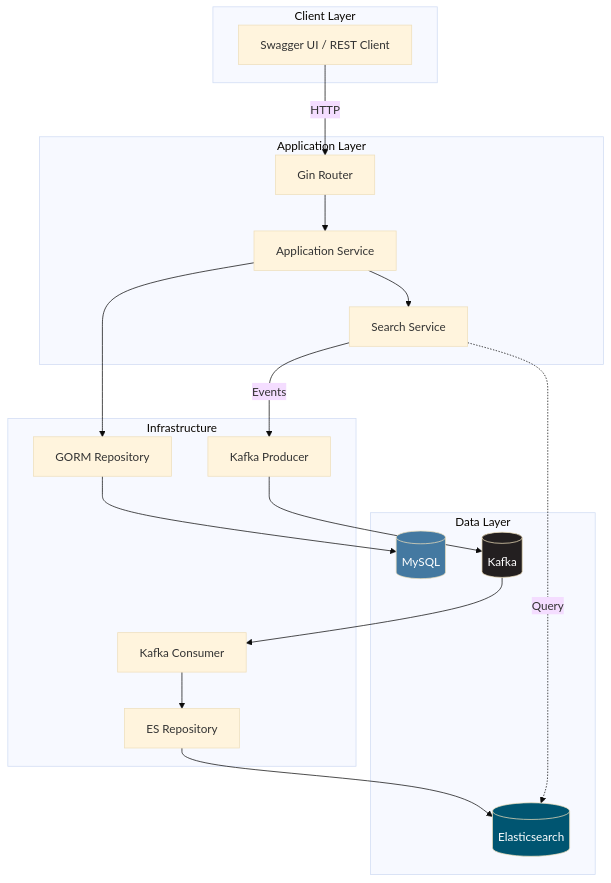
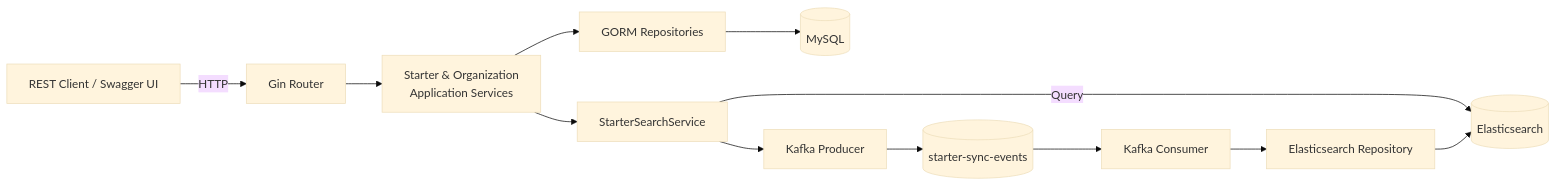
One commit to kiin21/go-rest changed the first of 2 diagrams in README.md. Above: the diagram before and after it, drawn with Mermaid (base theme). The commit also changed other lines of this file and 1 other file, not shown here.

````diff
--- a/README.md
+++ b/README.md
@@ -7,37 +7,19 @@
 ```mermaid
-flowchart TB
-    subgraph Client Layer
-        UI[Swagger UI / REST Client]
-    end
-    
-    subgraph Application Layer
-        API[Gin Router]
-        AppSvc[Application Service]
-        SearchSvc[Search Service]
-    end
-    
-    subgraph Infrastructure
-        Repo[GORM Repository]
-        ESRepo[ES Repository]
-        Producer[Kafka Producer]
-        Consumer[Kafka Consumer]
-    end
-    
-    subgraph Data Layer
-        MySQL[(MySQL)]
-        ES[(Elasticsearch)]
-        Kafka[(Kafka)]
-    end
-    
-    UI -->|HTTP| API
-    API --> AppSvc
-    AppSvc --> Repo --> MySQL
+flowchart LR
+    Client["REST Client / Swagger UI"]
+    Router["Gin Router"]
+    AppSvc["Starter & Organization\nApplication Services"]
+    Repo["GORM Repositories"]
+    DB[(MySQL)]
+    SearchSvc["StarterSearchService"]
+    Producer["Kafka Producer"]
+    Kafka[(starter-sync-events)]
+    Consumer["Kafka Consumer"]
+    ESRepo["Elasticsearch Repository"]
+    ES[(Elasticsearch)]
+
+    Client -->|HTTP| Router --> AppSvc --> Repo --> DB
     AppSvc --> SearchSvc
-    SearchSvc -.->|Query| ES
-    SearchSvc -->|Events| Producer --> Kafka
-    Kafka --> Consumer --> ESRepo --> ES
-    
-    style MySQL fill:#4479A1,color:#fff
-    style ES fill:#005571,color:#fff
-    style Kafka fill:#231F20,color:#fff
+    SearchSvc -->|Query| ES
+    SearchSvc --> Producer --> Kafka --> Consumer --> ESRepo --> ES
 ```
````
